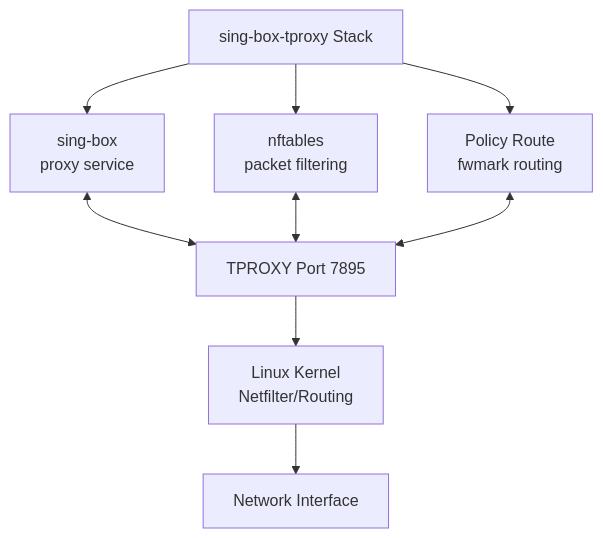
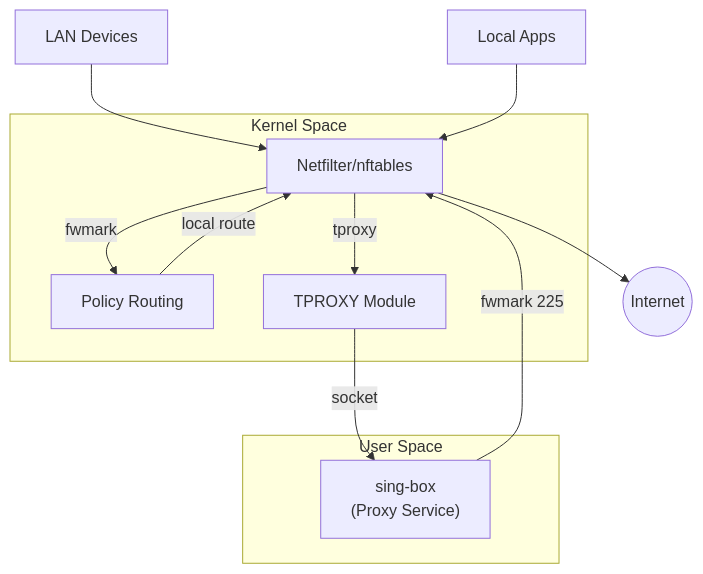
One commit to ak1ra-lab/sing-box-tproxy changed the diagram in docs/architecture.md. Above: the diagram before and after it, drawn with Mermaid. The commit also changed other lines of this file, not shown here.

Commit message:
docs: refactor docs/architecture.md

````diff
--- a/docs/architecture.md
+++ b/docs/architecture.md
@@ -21,11 +18,22 @@
 ```mermaid
 graph TB
-    A[sing-box-tproxy Stack] --> B[sing-box<br/>proxy service]
-    A --> C[nftables<br/>packet filtering]
-    A --> D[Policy Route<br/>fwmark routing]
-    B <--> E[TPROXY Port 7895]
-    C <--> E
-    D <--> E
-    E --> F[Linux Kernel<br/>Netfilter/Routing]
-    F --> G[Network Interface]
+    subgraph Kernel Space
+        Netfilter[Netfilter/nftables]
+        Routing[Policy Routing]
+        TPROXY[TPROXY Module]
+    end
+
+    subgraph User Space
+        SingBox["sing-box<br/>(Proxy Service)"]
+    end
+
+    LAN[LAN Devices] --> Netfilter
+    LocalApp[Local Apps] --> Netfilter
+
+    Netfilter -- fwmark --> Routing
+    Routing -- local route --> Netfilter
+    Netfilter -- tproxy --> TPROXY
+    TPROXY -- socket --> SingBox
+    SingBox -- fwmark 225 --> Netfilter
+    Netfilter --> Internet((Internet))
 ```
````
